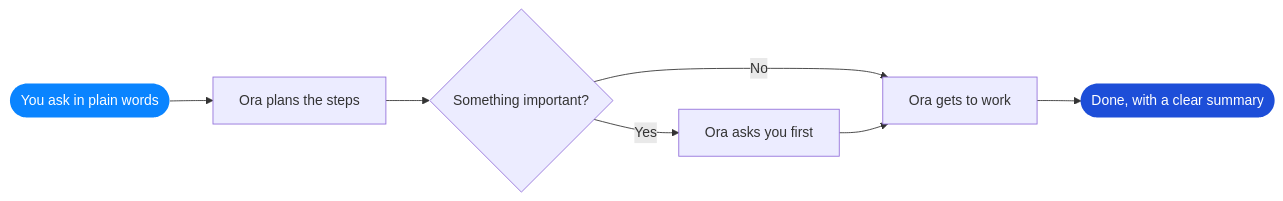
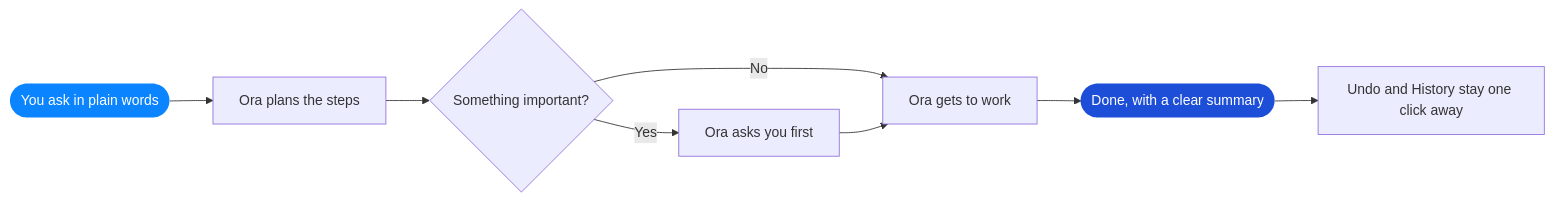
One commit to Zenix-Developers/Ora-Showcase changed the first of 5 diagrams in README.md. Above: the diagram before and after it, drawn with Mermaid. The commit also changed other lines of this file and 1 other file, not shown here.

````diff
--- a/README.md
+++ b/README.md
@@ -30,11 +30,12 @@
 ```mermaid
 flowchart LR
     A([You ask in plain words]) --> B[Ora plans the steps]
     B --> C{Something important?}
     C -- Yes --> D[Ora asks you first]
     C -- No --> E[Ora gets to work]
     D --> E
     E --> F([Done, with a clear summary])
+    F --> G[Undo and History stay one click away]
     style A fill:#0a84ff,color:#fff,stroke:none
     style F fill:#1d4ed8,color:#fff,stroke:none
 ```
````
